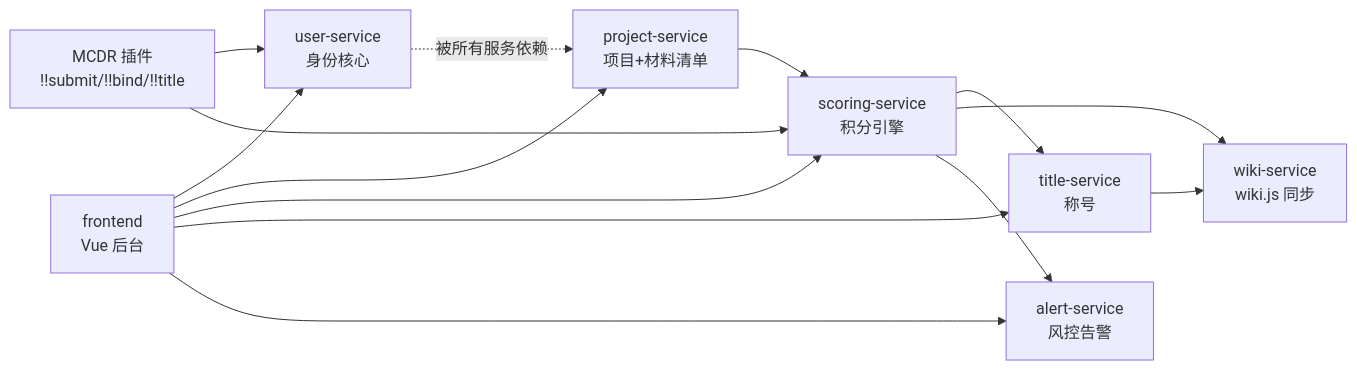
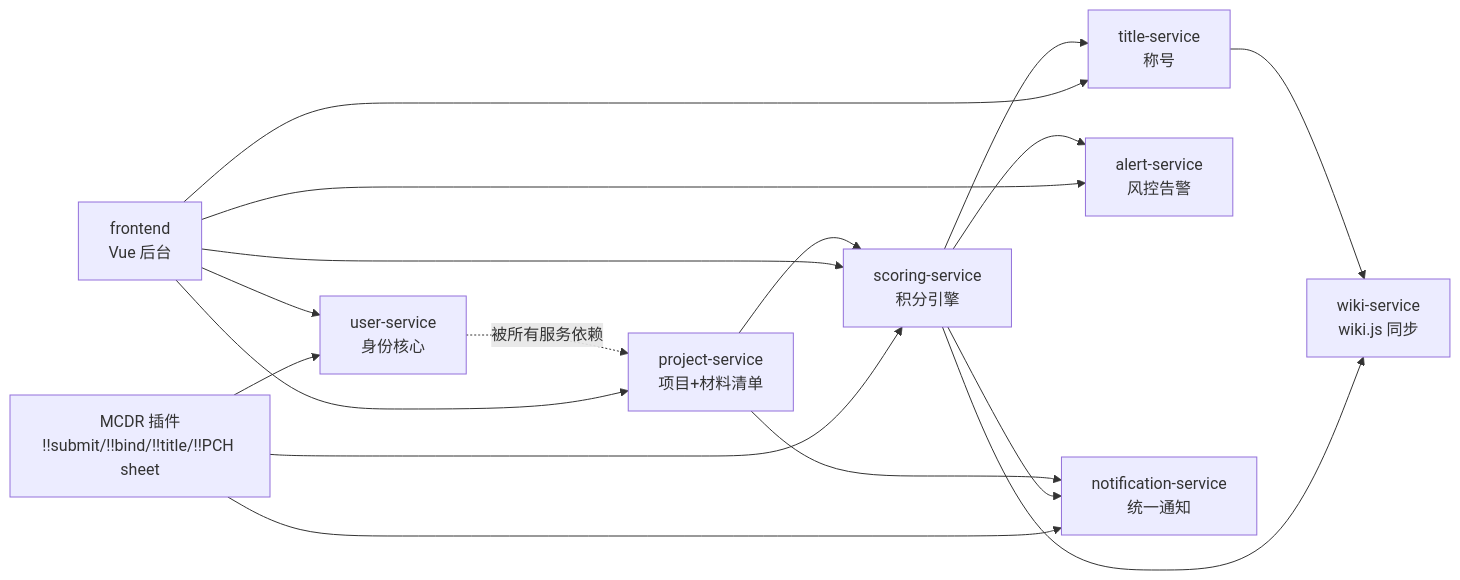
The third of 7 diagrams in Docs/architecture.md (YuShenLiu06/PCHSystem), drawn with Mermaid before and after one commit. The commit also changed other lines of this file and 5 other files, not shown here.

````diff
--- a/Docs/architecture.md
+++ b/Docs/architecture.md
@@ -156,25 +156,29 @@
 ```mermaid
 flowchart LR
-    MCDR["MCDR 插件<br/>!!submit/!!bind/!!title"]
+    MCDR["MCDR 插件<br/>!!submit/!!bind/!!title/!!PCH sheet"]
     USER["user-service<br/>身份核心"]
     PROJ["project-service<br/>项目+材料清单"]
     SCORE["scoring-service<br/>积分引擎"]
     TITLE["title-service<br/>称号"]
     WIKI["wiki-service<br/>wiki.js 同步"]
     ALERT["alert-service<br/>风控告警"]
+    NOTIFY["notification-service<br/>统一通知"]
     FRONT["frontend<br/>Vue 后台"]
 
     MCDR --> USER
     MCDR --> SCORE
+    MCDR --> NOTIFY
     FRONT --> USER
     FRONT --> PROJ
     FRONT --> SCORE
     FRONT --> TITLE
     FRONT --> ALERT
     PROJ --> SCORE
     SCORE --> TITLE
     SCORE --> WIKI
     TITLE --> WIKI
     SCORE --> ALERT
+    SCORE --> NOTIFY
+    PROJ --> NOTIFY
     USER -.被所有服务依赖.-> PROJ
 ```
````
